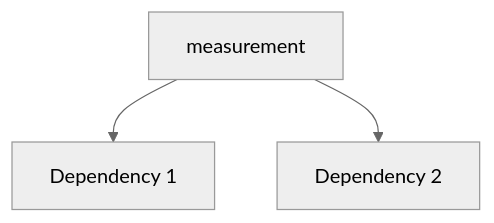
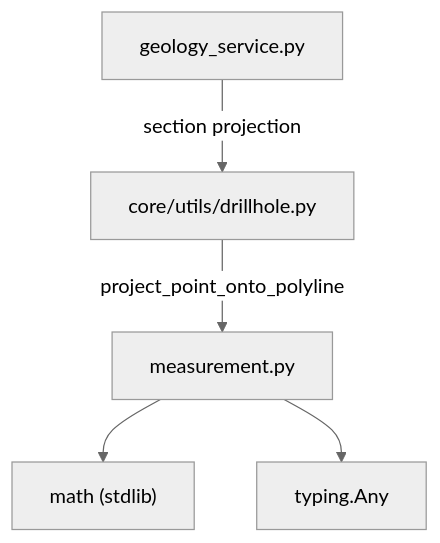
The diagram in docs/code_walkthrough_en_v2/measurement.md (geociencio/sec_interp), drawn with Mermaid (neutral theme) before and after one commit. The commit also changed other lines of this file and 99 other files, not shown here.

````diff
--- a/docs/code_walkthrough_en_v2/measurement.md
+++ b/docs/code_walkthrough_en_v2/measurement.md
@@ -40,6 +45,12 @@
 ```mermaid
 graph TD
-    A["measurement"]
-    A --> B["Dependency 1"]
-    A --> C["Dependency 2"]
+    M["measurement.py"]
+    M --> MATH["math (stdlib)"]
+    M --> TYPING["typing.Any"]
+
+    DH["core/utils/drillhole.py"]
+    DH -->|"project_point_onto_polyline"| M
+
+    GEO["geology_service.py"]
+    GEO -->|"section projection"| DH
 ```
````
